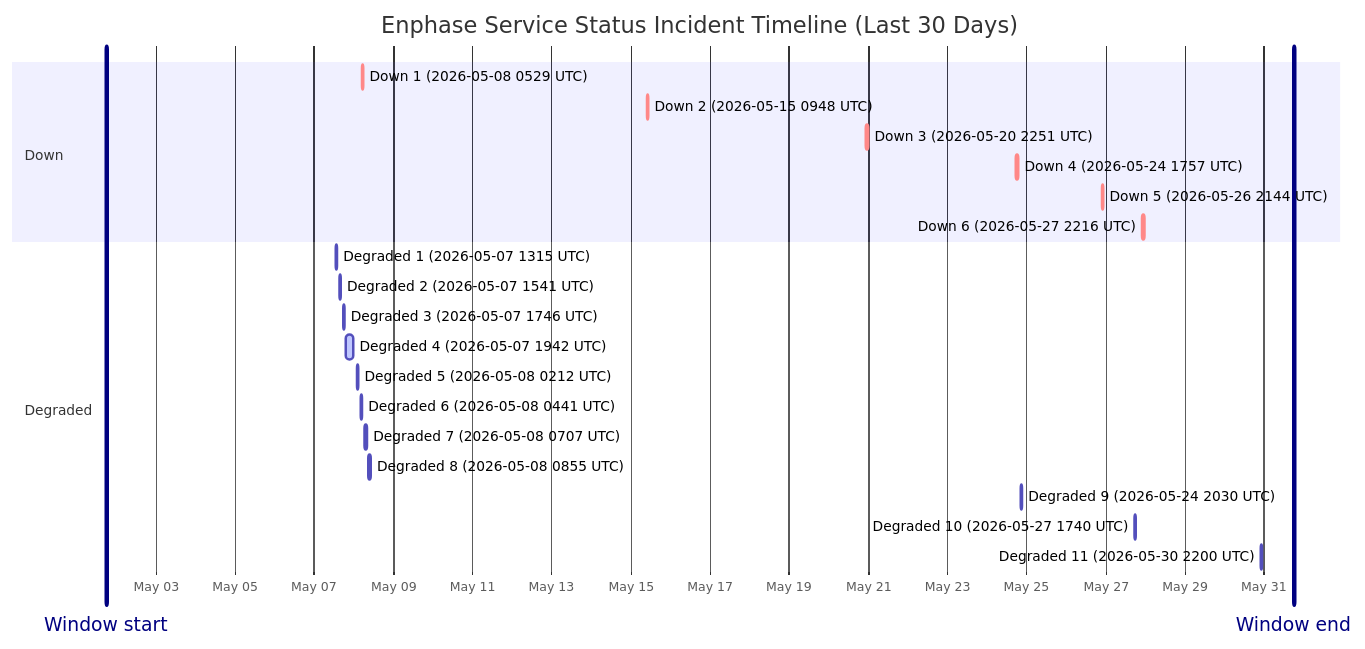
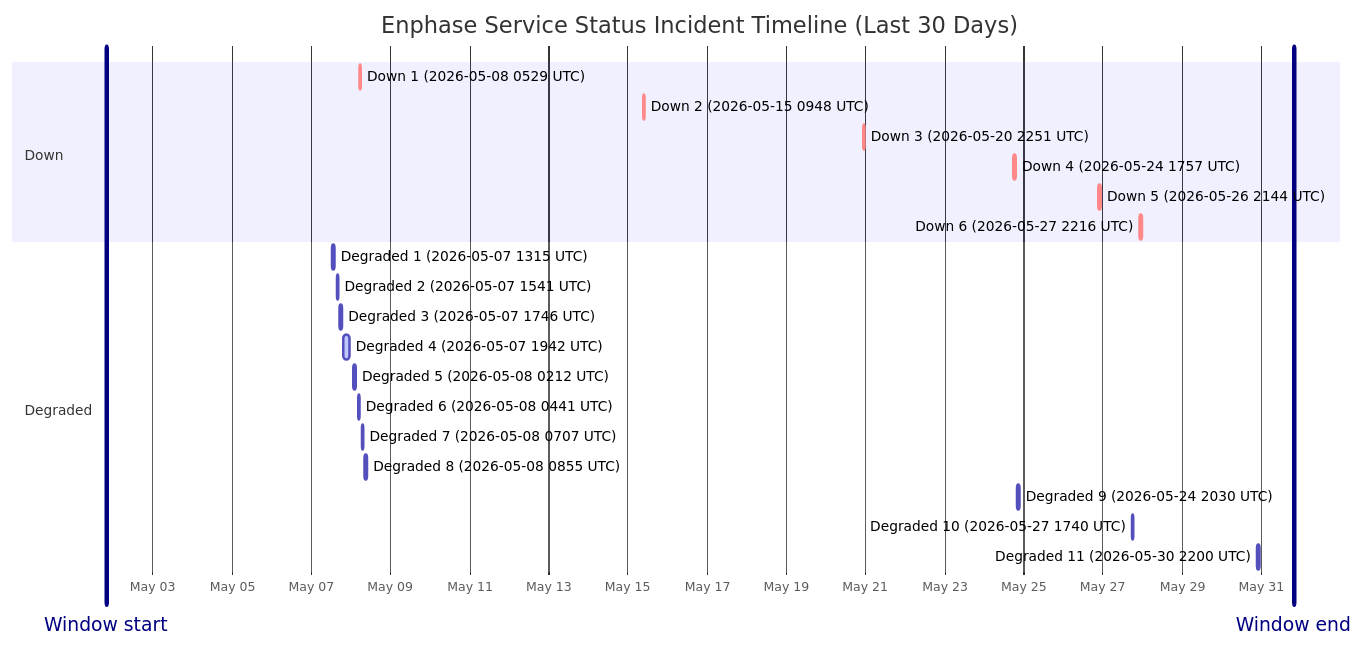
One commit to barneyonline/ha-enphase-ev-charger changed the diagram in wiki/Service-Status-History.md. Above: the diagram before and after it, drawn with Mermaid. The commit also changed other lines of this file and 3 other files, not shown here.

````diff
--- a/wiki/Service-Status-History.md
+++ b/wiki/Service-Status-History.md
@@ -14,27 +14,27 @@
 ```mermaid
 gantt
     title Enphase Service Status Incident Timeline (Last 30 Days)
     dateFormat  YYYY-MM-DDTHH:mm:ss
     axisFormat  %b %d
-    Window start :vert, window-start, 2026-05-01T18:00:50, 0ms
-    Window end :vert, window-end, 2026-05-31T18:00:50, 0ms
+    Window start :vert, window-start, 2026-05-01T19:48:32, 0ms
+    Window end :vert, window-end, 2026-05-31T19:48:32, 0ms
     section Down
     Down 1 (2026-05-08 0529 UTC) :crit, down-1, 2026-05-08T05:29:47, 60m
     Down 2 (2026-05-15 0948 UTC) :crit, down-2, 2026-05-15T09:48:18, 60m
     Down 3 (2026-05-20 2251 UTC) :crit, down-3, 2026-05-20T22:51:14, 75m
     Down 4 (2026-05-24 1757 UTC) :crit, down-4, 2026-05-24T17:57:41, 86m
     Down 5 (2026-05-26 2144 UTC) :crit, down-5, 2026-05-26T21:44:11, 85m
     Down 6 (2026-05-27 2216 UTC) :crit, down-6, 2026-05-27T22:16:53, 87m
     section Degraded
     Degraded 1 (2026-05-07 1315 UTC) :active, degraded-1, 2026-05-07T13:15:25, 60m
     Degraded 2 (2026-05-07 1541 UTC) :active, degraded-2, 2026-05-07T15:41:58, 60m
     Degraded 3 (2026-05-07 1746 UTC) :active, degraded-3, 2026-05-07T17:46:51, 60m
     Degraded 4 (2026-05-07 1942 UTC) :active, degraded-4, 2026-05-07T19:42:10, 249m
     Degraded 5 (2026-05-08 0212 UTC) :active, degraded-5, 2026-05-08T02:12:39, 60m
     Degraded 6 (2026-05-08 0441 UTC) :active, degraded-6, 2026-05-08T04:41:46, 60m
     Degraded 7 (2026-05-08 0707 UTC) :active, degraded-7, 2026-05-08T07:07:30, 60m
     Degraded 8 (2026-05-08 0855 UTC) :active, degraded-8, 2026-05-08T08:55:20, 88m
     Degraded 9 (2026-05-24 2030 UTC) :active, degraded-9, 2026-05-24T20:30:57, 84m
     Degraded 10 (2026-05-27 1740 UTC) :active, degraded-10, 2026-05-27T17:40:52, 60m
     Degraded 11 (2026-05-30 2200 UTC) :active, degraded-11, 2026-05-30T22:00:37, 60m
 ```
````
